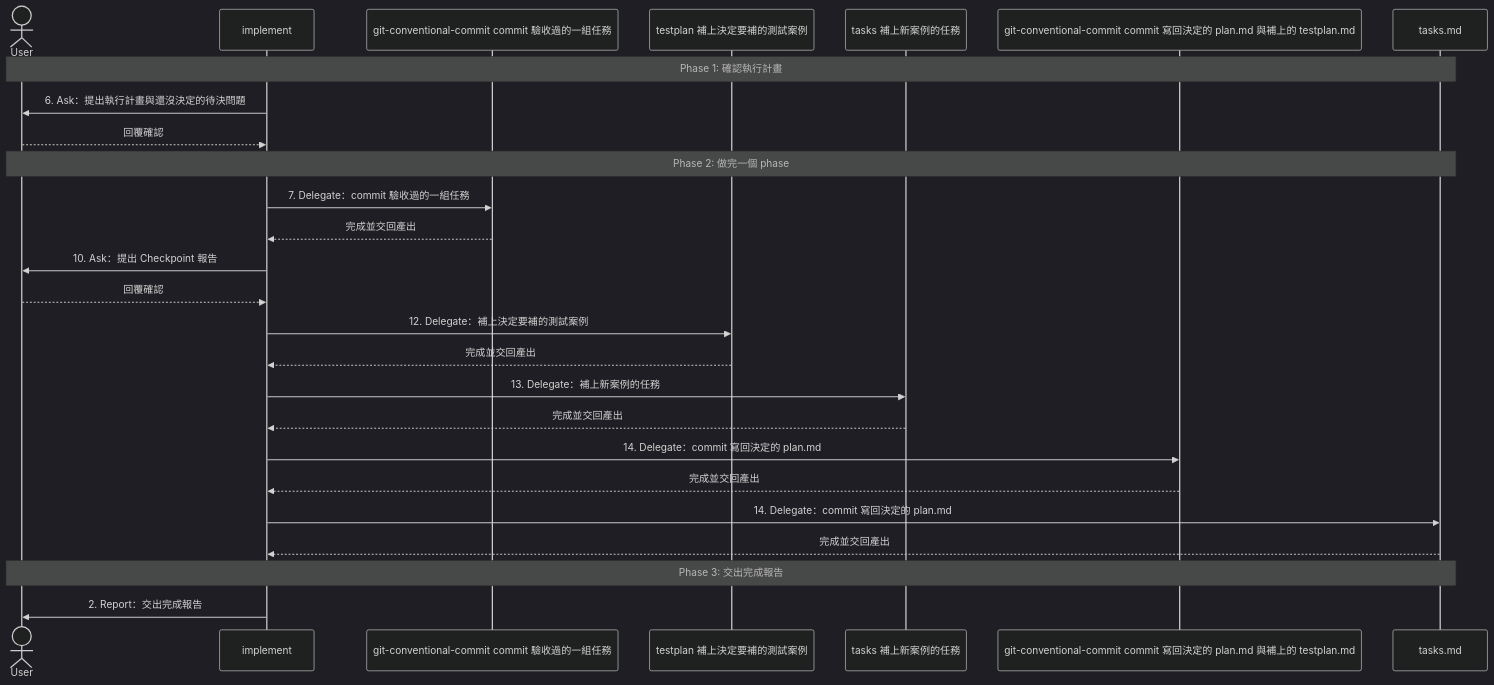
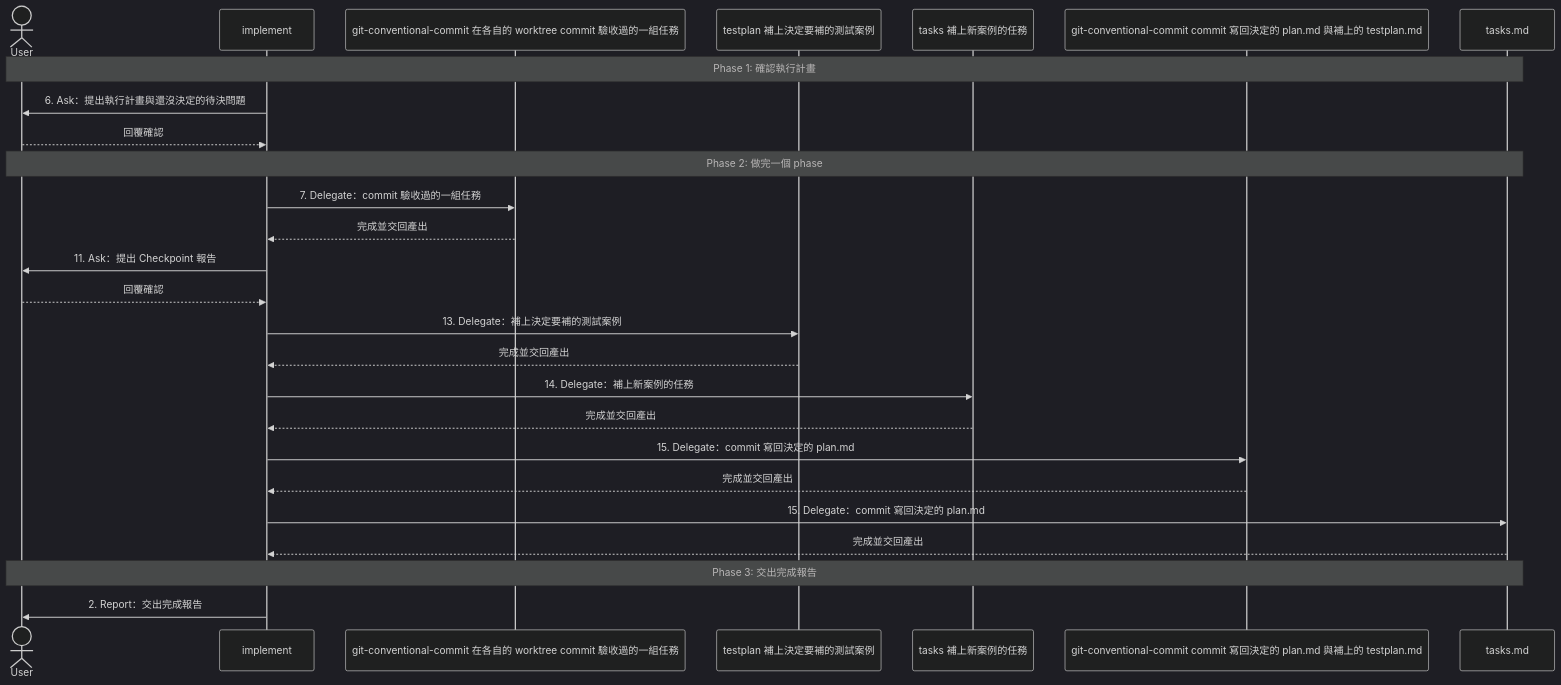
The second of 2 diagrams in .agents/skills/implement/SKILL.md (AI-x-BDD/BDGG-Dev-Skills), drawn with Mermaid (dark theme) before and after one commit. The commit also changed other lines of this file and 31 other files, not shown here.

````diff
--- a/.agents/skills/implement/SKILL.md
+++ b/.agents/skills/implement/SKILL.md
@@ -127,28 +130,28 @@
 ```mermaid
 sequenceDiagram
     actor User
     participant Main as implement
-    participant Sub_1 as git-conventional-commit commit 驗收過的一組任務
+    participant Sub_1 as git-conventional-commit 在各自的 worktree commit 驗收過的一組任務
     participant Sub_2 as testplan 補上決定要補的測試案例
     participant Sub_3 as tasks 補上新案例的任務
     participant Sub_4 as git-conventional-commit commit 寫回決定的 plan.md 與補上的 testplan.md
     participant Sub_5 as tasks.md
     Note over User,Sub_5: Phase 1: 確認執行計畫
     Main->>User: 6. Ask：提出執行計畫與還沒決定的待決問題
     User-->>Main: 回覆確認
     Note over User,Sub_5: Phase 2: 做完一個 phase
     Main->>Sub_1: 7. Delegate：commit 驗收過的一組任務
     Sub_1-->>Main: 完成並交回產出
-    Main->>User: 10. Ask：提出 Checkpoint 報告
+    Main->>User: 11. Ask：提出 Checkpoint 報告
     User-->>Main: 回覆確認
-    Main->>Sub_2: 12. Delegate：補上決定要補的測試案例
+    Main->>Sub_2: 13. Delegate：補上決定要補的測試案例
     Sub_2-->>Main: 完成並交回產出
-    Main->>Sub_3: 13. Delegate：補上新案例的任務
+    Main->>Sub_3: 14. Delegate：補上新案例的任務
     Sub_3-->>Main: 完成並交回產出
-    Main->>Sub_4: 14. Delegate：commit 寫回決定的 plan.md
+    Main->>Sub_4: 15. Delegate：commit 寫回決定的 plan.md
     Sub_4-->>Main: 完成並交回產出
-    Main->>Sub_5: 14. Delegate：commit 寫回決定的 plan.md
+    Main->>Sub_5: 15. Delegate：commit 寫回決定的 plan.md
     Sub_5-->>Main: 完成並交回產出
     Note over User,Sub_5: Phase 3: 交出完成報告
     Main->>User: 2. Report：交出完成報告
 ```
````
